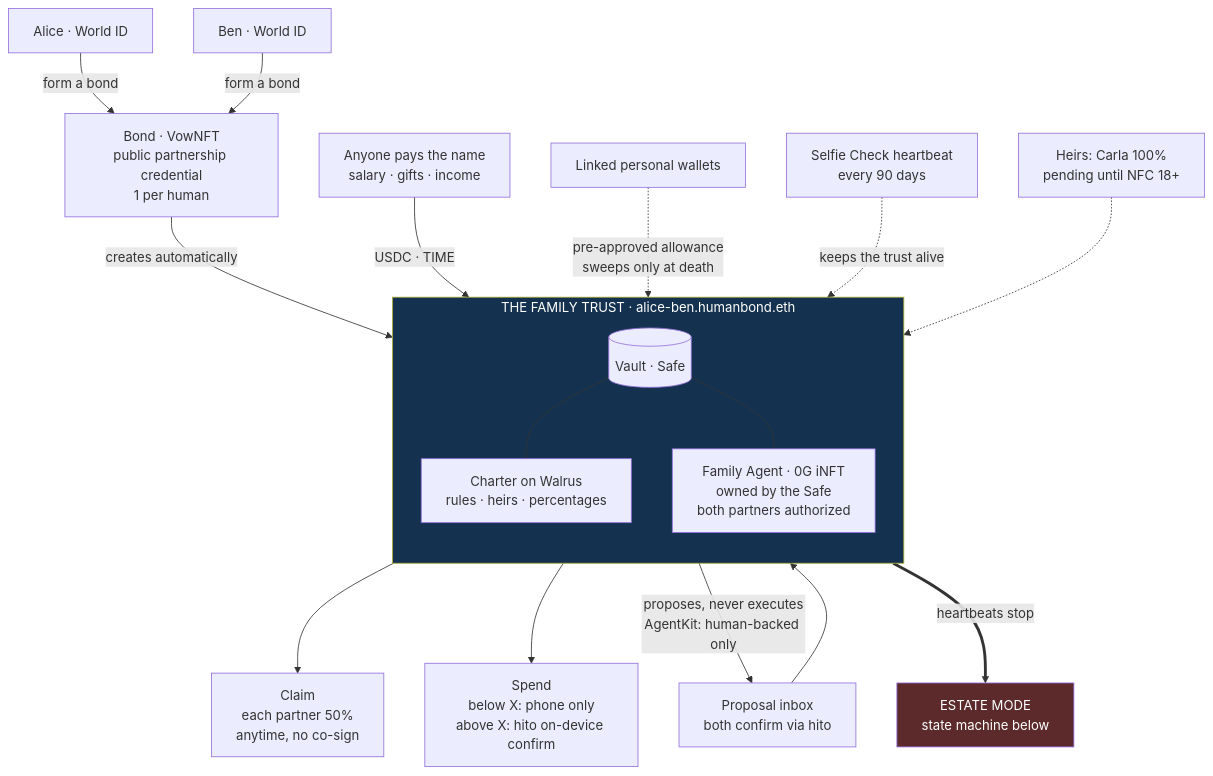
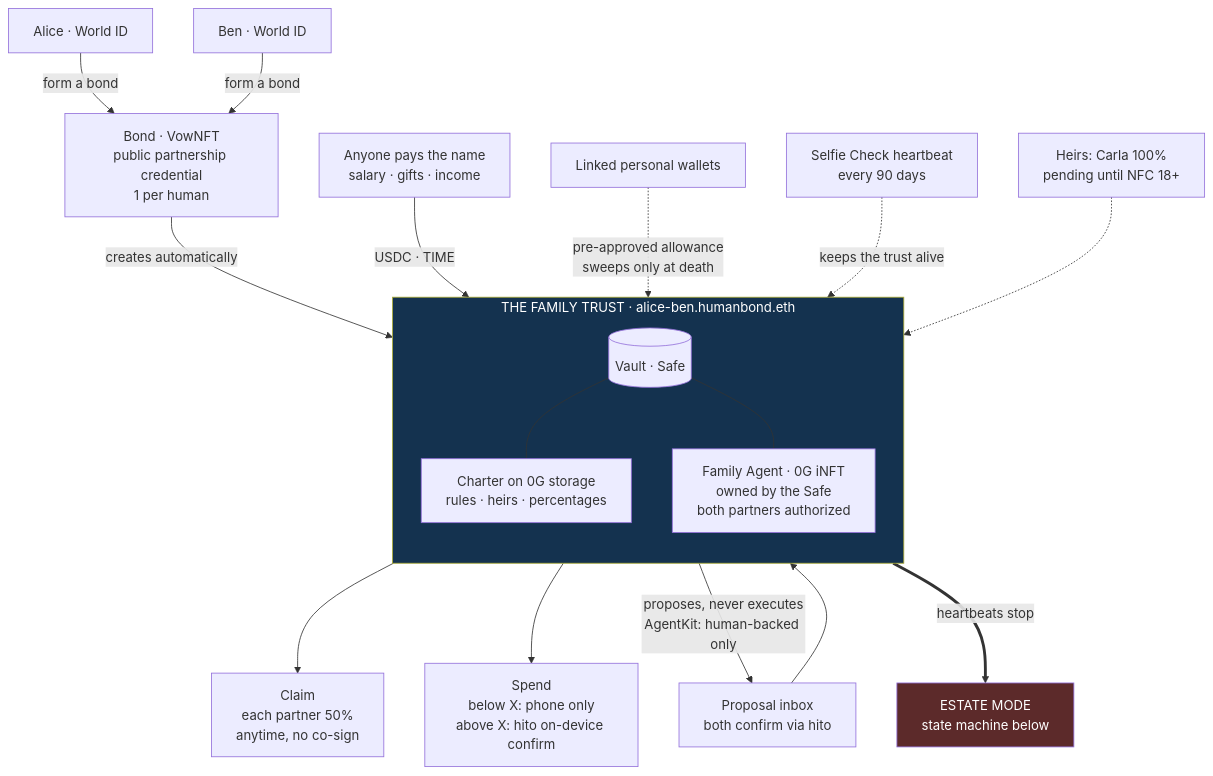
The first of 4 diagrams in docs/plans/2026-07-24-demo-script.md (herbstephens/Human-Bond), drawn with Mermaid before and after one commit. The commit also changed other lines of this file and 6 other files, not shown here.

First line of the commit message:
fix(agent): typing animates once per message (no simultaneous replay on remount/reload), openers hidden during execution phase too; Walrus dropped — charter/receipts to 0G storage (copy + all docs)

````diff
--- a/docs/plans/2026-07-24-demo-script.md
+++ b/docs/plans/2026-07-24-demo-script.md
@@ -19,24 +19,24 @@
 ```mermaid
 flowchart TB
     P1[Alice · World ID] & P2[Ben · World ID] -->|form a bond| B[Bond · VowNFT<br/>public partnership credential<br/>1 per human]
     B -->|creates automatically| V
     subgraph T[THE FAMILY TRUST · alice-ben.humanbond.eth]
         direction TB
         V[(Vault · Safe)]
-        CH[Charter on Walrus<br/>rules · heirs · percentages]
+        CH[Charter on 0G storage<br/>rules · heirs · percentages]
         FA[Family Agent · 0G iNFT<br/>owned by the Safe<br/>both partners authorized]
         V --- CH
         V --- FA
     end
     IN[Anyone pays the name<br/>salary · gifts · income] -->|USDC · TIME| V
     PW[Linked personal wallets] -.->|pre-approved allowance<br/>sweeps only at death| V
     V --> C1[Claim<br/>each partner 50%<br/>anytime, no co-sign]
     V --> C2[Spend<br/>below X: phone only<br/>above X: hito on-device confirm]
     FA -->|proposes, never executes<br/>AgentKit: human-backed only| C3[Proposal inbox<br/>both confirm via hito]
     C3 --> V
     HB[Selfie Check heartbeat<br/>every 90 days] -.->|keeps the trust alive| V
     HR[Heirs: Carla 100%<br/>pending until NFC 18+] -.-> CH
     V ==>|heartbeats stop| E[ESTATE MODE<br/>state machine below]
     style T fill:#14324f,color:#ffffff
     style E fill:#5c2a2a,color:#ffffff
 ```
````
